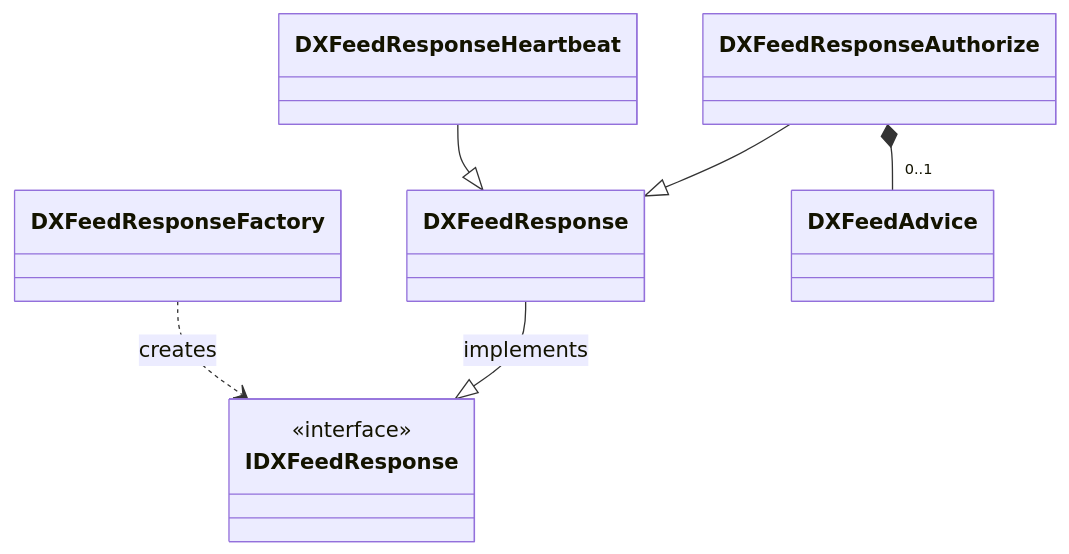
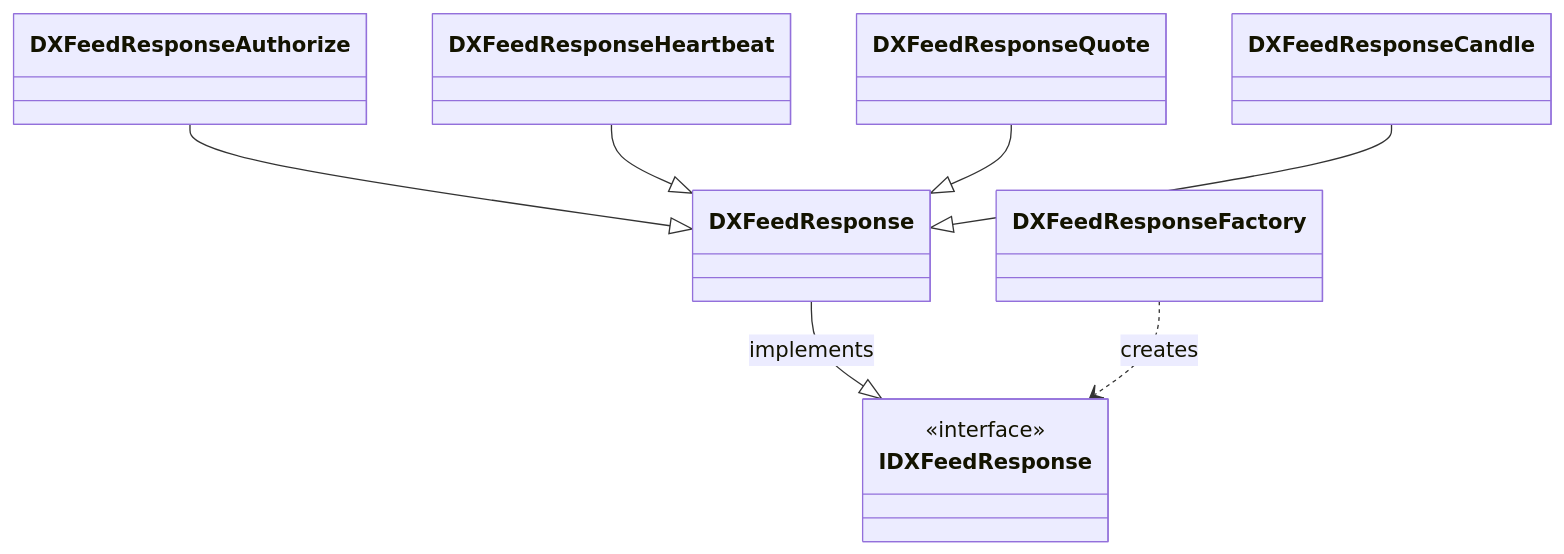
The second of 3 diagrams in Doc/Details/dxfeedmessage.md (nikolaygekht/DXFeed.Net), drawn with Mermaid before and after one commit. The commit also changed other lines of this file and 1 other file, not shown here.

````diff
--- a/Doc/Details/dxfeedmessage.md
+++ b/Doc/Details/dxfeedmessage.md
@@ -27,28 +28,26 @@
 ```mermaid
 classDiagram
 
 class IDXFeedResponse
 <<interface>> IDXFeedResponse
 
+class DXFeedResponseFactory
+
 class DXFeedResponse
-
-class DXFeedResponseFactory
 
 class DXFeedResponseAuthorize
 
 class DXFeedResponseHeartbeat
-
-class DXFeedAdvice
 
 DXFeedResponse --|> IDXFeedResponse : implements
 
 DXFeedResponseFactory ..> IDXFeedResponse : creates
 
 DXFeedResponseAuthorize --|> DXFeedResponse
 
 DXFeedResponseHeartbeat --|> DXFeedResponse
 
-DXFeedResponseAuthorize *-- "0..1" DXFeedAdvice
+DXFeedResponseQuote --|> DXFeedResponse
 
-
+DXFeedResponseCandle --|> DXFeedResponse
 ```
````
